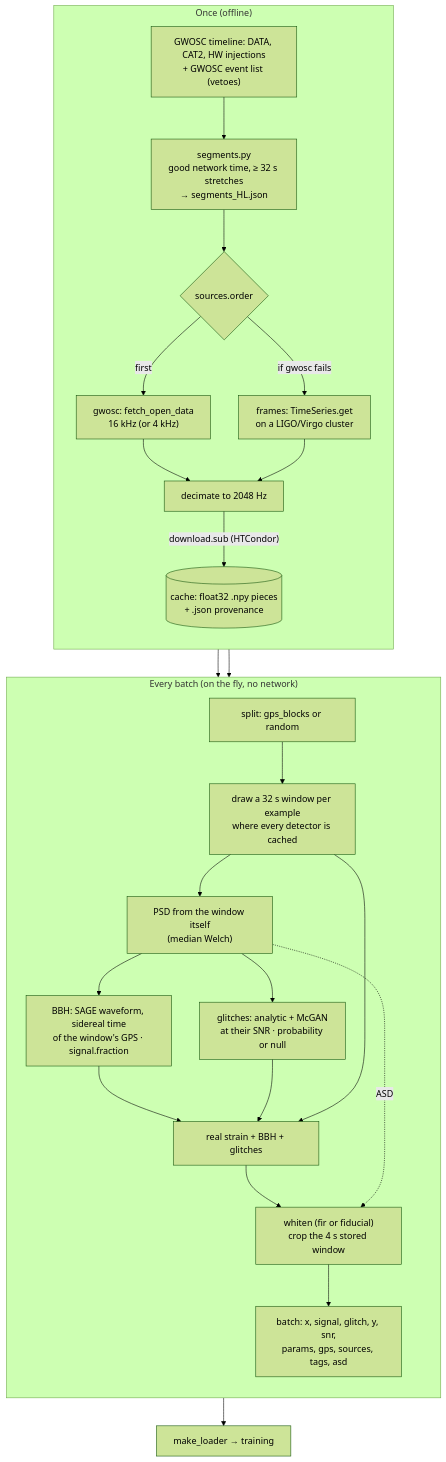
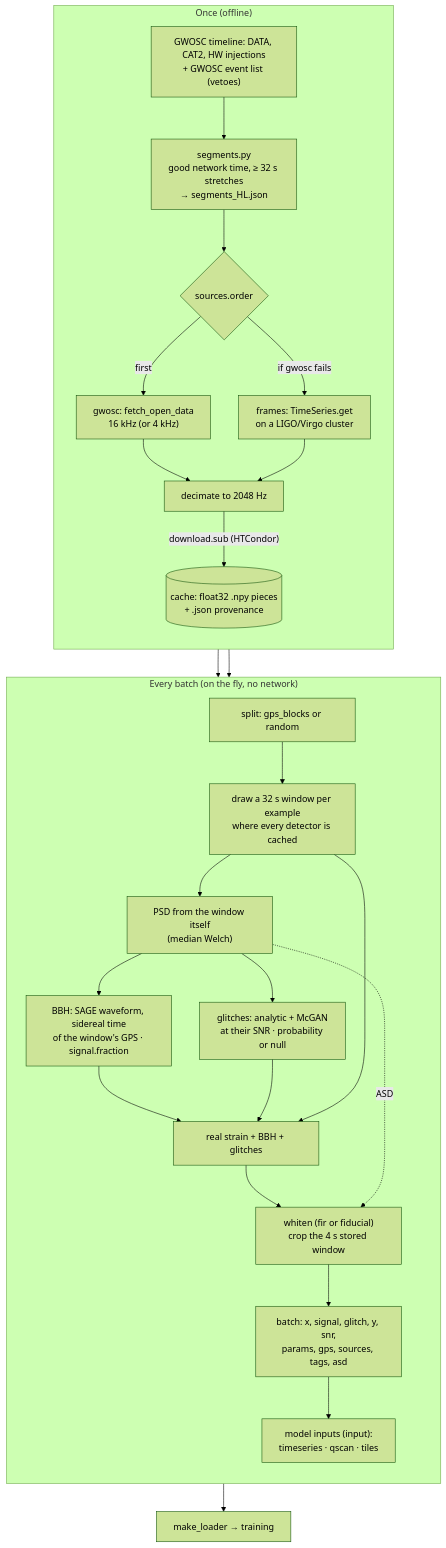
One commit to MelissaLP/sage changed the diagram in eucaif/v3/README.md. Above: the diagram before and after it, drawn with Mermaid (forest theme). The commit also changed other lines of this file and 7 other files, not shown here.

First line of the commit message:
v2 and v3 loaders: model inputs (timeseries, qscan, tiles) from the input option

````diff
--- a/eucaif/v3/README.md
+++ b/eucaif/v3/README.md
@@ -35,39 +35,40 @@
 ```mermaid
 flowchart TD
     subgraph once["Once (offline)"]
         direction TB
         DQ["GWOSC timeline: DATA, CAT2, HW injections<br/>+ GWOSC event list (vetoes)"]
         SEG["segments.py<br/>good network time, ≥ 32 s stretches<br/>→ segments_HL.json"]
         SRC{"sources.order"}
         GW["gwosc: fetch_open_data<br/>16 kHz (or 4 kHz)"]
         FR["frames: TimeSeries.get<br/>on a LIGO/Virgo cluster"]
         DEC["decimate to 2048 Hz"]
         CACHE[("cache: float32 .npy pieces<br/>+ .json provenance")]
         DQ --> SEG --> SRC
         SRC -->|first| GW --> DEC
         SRC -->|if gwosc fails| FR --> DEC
         DEC -->|"download.sub (HTCondor)"| CACHE
     end
 
     subgraph fly["Every batch (on the fly, no network)"]
         direction TB
         SPLIT["split: gps_blocks or random"]
         WIN["draw a 32 s window per example<br/>where every detector is cached"]
         PSD["PSD from the window itself<br/>(median Welch)"]
         BBH["BBH: SAGE waveform, sidereal time<br/>of the window's GPS · signal.fraction"]
         GL["glitches: analytic + McGAN<br/>at their SNR · probability or null"]
         SUM["real strain + BBH + glitches"]
         WH["whiten (fir or fiducial)<br/>crop the 4 s stored window"]
         OUT["batch: x, signal, glitch, y, snr,<br/>params, gps, sources, tags, asd"]
+        INP["model inputs (input):<br/>timeseries · qscan · tiles"]
         SPLIT --> WIN --> PSD
         PSD --> BBH --> SUM
         PSD --> GL --> SUM
         WIN --> SUM
-        SUM --> WH --> OUT
+        SUM --> WH --> OUT --> INP
         PSD -.->|ASD| WH
     end
 
     SEG --> SPLIT
     CACHE --> WIN
-    OUT --> TRAIN["make_loader → training"]
+    INP --> TRAIN["make_loader → training"]
 ```
````
